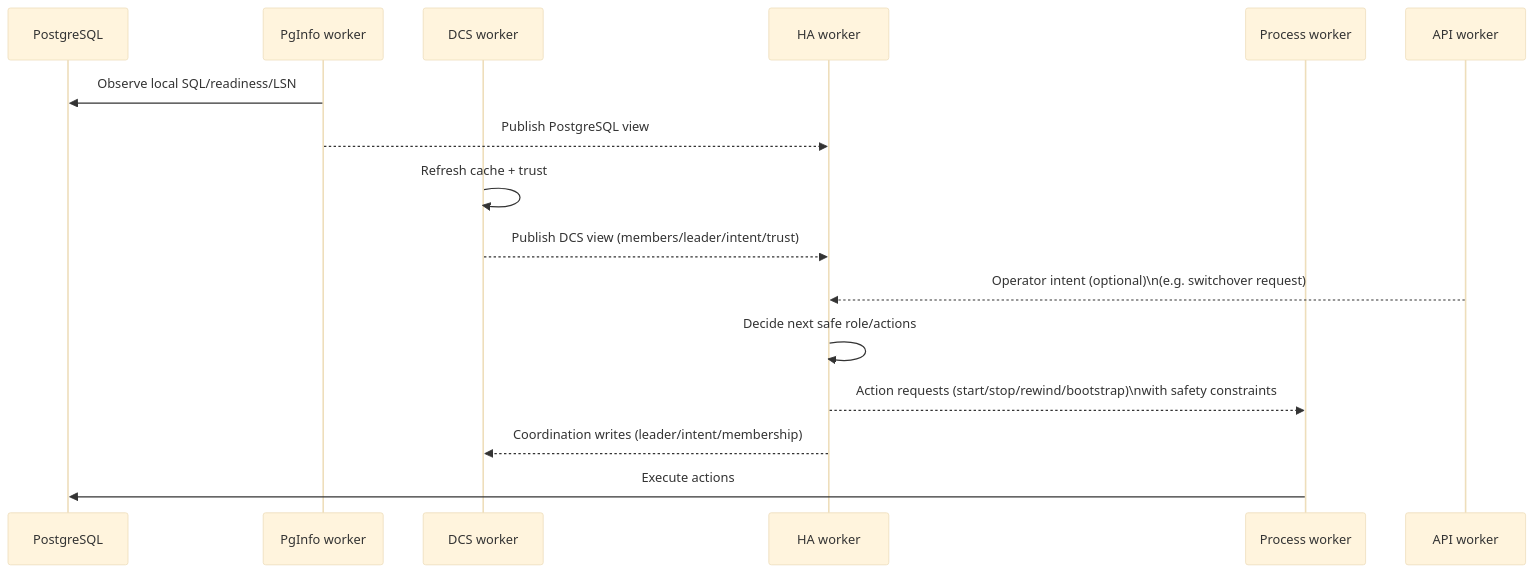
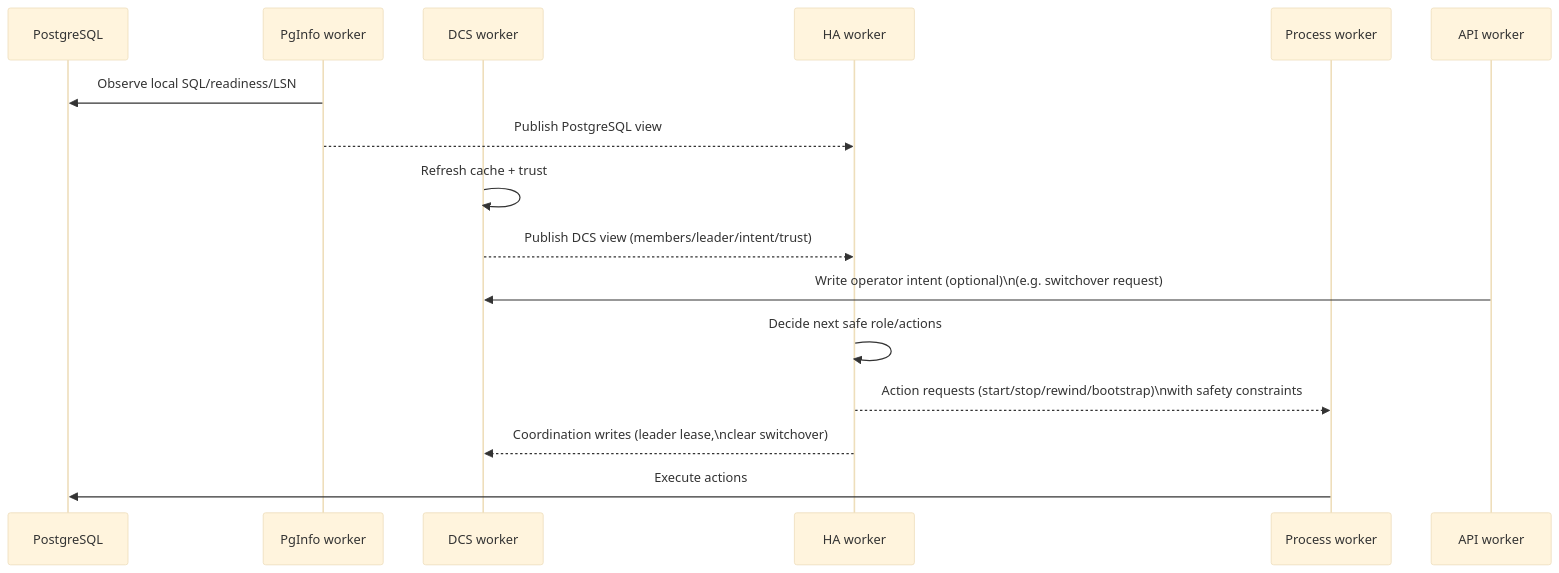
One commit to djosh34/pgtuskmaster_rust changed the diagram in docs/src/architecture/control-loop.md. Above: the diagram before and after it, drawn with Mermaid (base theme). The commit also changed other lines of this file and 36 other files, not shown here.

First line of the commit message:
task finished 33-task-deep-skeptical-verification-of-doc-facts-and-writing-quality: audit docs + fix diagrams/test flake

````diff
--- a/docs/src/architecture/control-loop.md
+++ b/docs/src/architecture/control-loop.md
@@ -7,23 +7,23 @@
 ```mermaid
 sequenceDiagram
   participant PG as PostgreSQL
   participant PgInfo as PgInfo worker
   participant DCS as DCS worker
   participant HA as HA worker
   participant Proc as Process worker
   participant API as API worker
 
   PgInfo->>PG: Observe local SQL/readiness/LSN
   PgInfo-->>HA: Publish PostgreSQL view
 
   DCS->>DCS: Refresh cache + trust
   DCS-->>HA: Publish DCS view (members/leader/intent/trust)
 
-  API-->>HA: Operator intent (optional)\n(e.g. switchover request)
+  API->>DCS: Write operator intent (optional)\n(e.g. switchover request)
 
   HA->>HA: Decide next safe role/actions
   HA-->>Proc: Action requests (start/stop/rewind/bootstrap)\nwith safety constraints
-  HA-->>DCS: Coordination writes (leader/intent/membership)
+  HA-->>DCS: Coordination writes (leader lease,\nclear switchover)
 
   Proc->>PG: Execute actions
 ```
````
